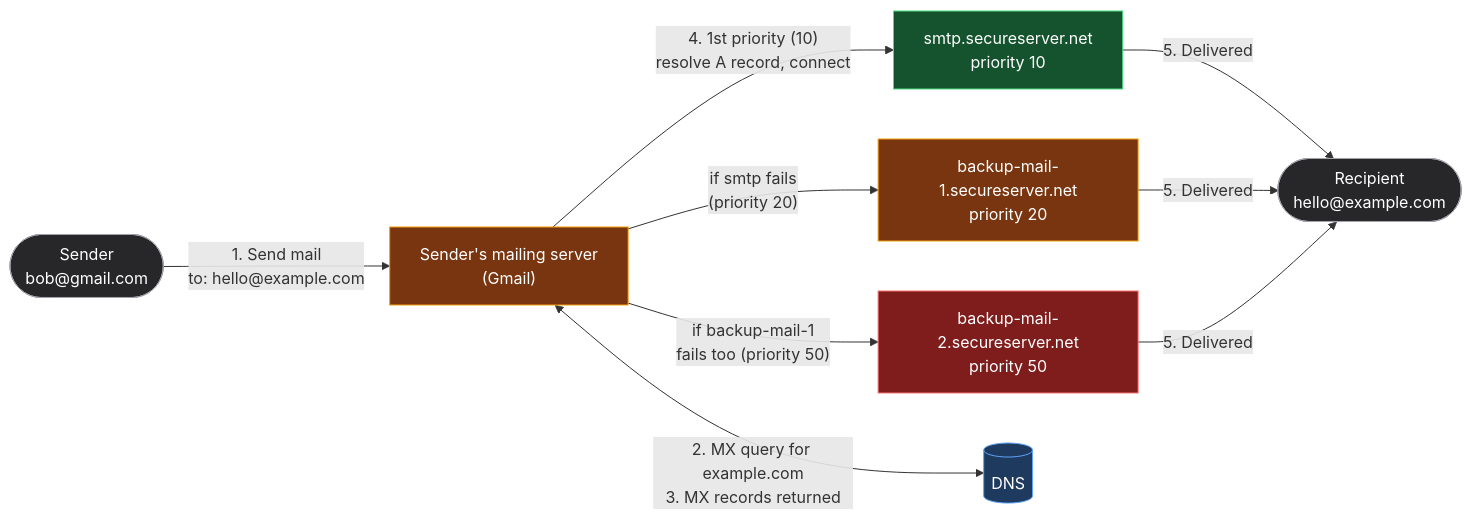
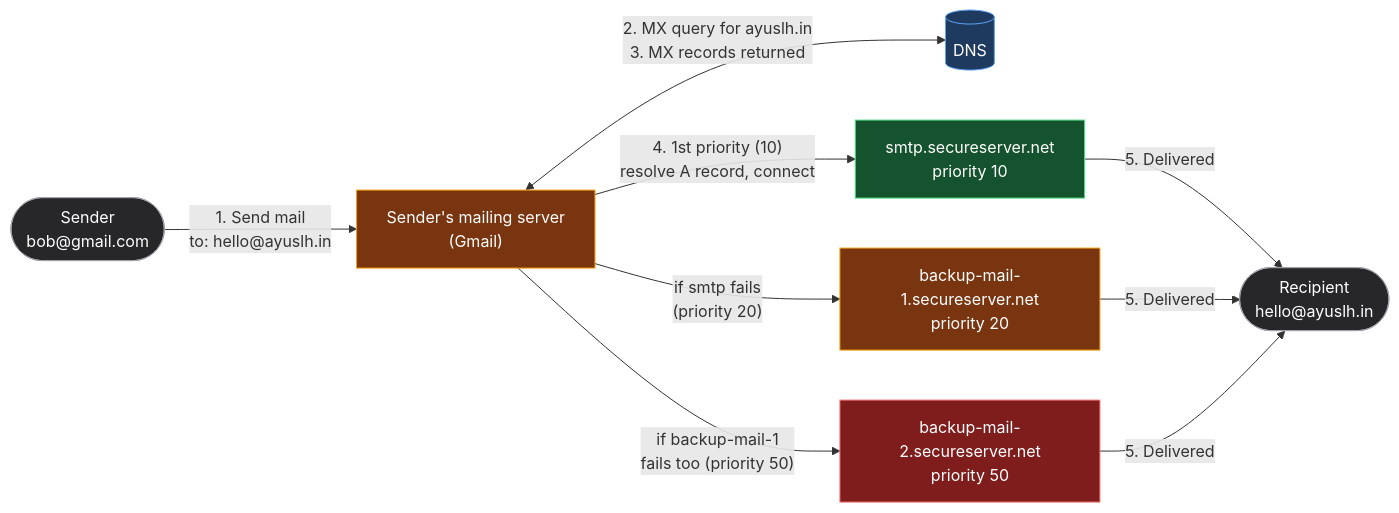
Before and after one commit to ayuslharora/blog-ayuslh: the first of 5 diagrams in content/posts/networking/ch24-dns-record-types.mdx, drawn with Mermaid. The commit also changed other lines of this file, not shown here.

Commit message:
Improvement in the diagram and examples

````diff
--- a/content/posts/networking/ch24-dns-record-types.mdx
+++ b/content/posts/networking/ch24-dns-record-types.mdx
@@ -69,27 +69,27 @@
 ```mermaid
 flowchart LR
     Sender(["Sender<br/>bob@gmail.com"])
     Gmail["Sender's mailing server<br/>(Gmail)"]
+    DNS[("DNS")]
     S1["smtp.secureserver.net<br/>priority 10"]
     S2["backup-mail-1.secureserver.net<br/>priority 20"]
     S3["backup-mail-2.secureserver.net<br/>priority 50"]
-    DNS[("DNS")]
-    Recipient(["Recipient<br/>hello@example.com"])
+    Recipient(["Recipient<br/>hello@ayuslh.in"])
 
-    Sender -- "1. Send mail<br/>to: hello@example.com" --> Gmail
+    Sender -- "1. Send mail<br/>to: hello@ayuslh.in" --> Gmail
+    Gmail <-- "2. MX query for ayuslh.in<br/>3. MX records returned" --> DNS
     Gmail -- "4. 1st priority (10)<br/>resolve A record, connect" --> S1
     Gmail -- "if smtp fails<br/>(priority 20)" --> S2
     Gmail -- "if backup-mail-1<br/>fails too (priority 50)" --> S3
-    Gmail <-- "2. MX query for example.com<br/>3. MX records returned" --> DNS
     S1 -- "5. Delivered" --> Recipient
     S2 -- "5. Delivered" --> Recipient
     S3 -- "5. Delivered" --> Recipient
 
     style Sender fill:#27272a,stroke:#a1a1aa,color:#fff
     style Gmail fill:#78350f,stroke:#f59e0b,color:#fff
     style DNS fill:#1e3a5f,stroke:#60a5fa,color:#fff
     style Recipient fill:#27272a,stroke:#a1a1aa,color:#fff
     style S1 fill:#14532d,stroke:#4ade80,color:#fff
     style S2 fill:#78350f,stroke:#f59e0b,color:#fff
     style S3 fill:#7f1d1d,stroke:#f87171,color:#fff
 ```
````
